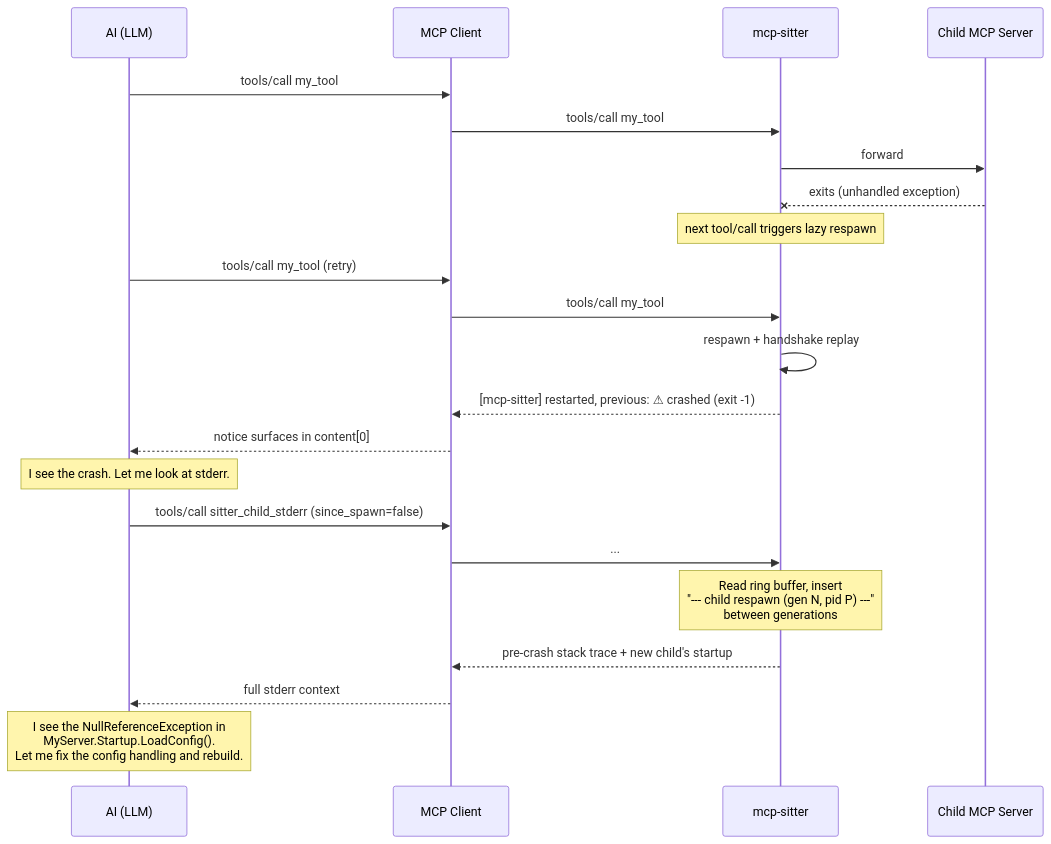
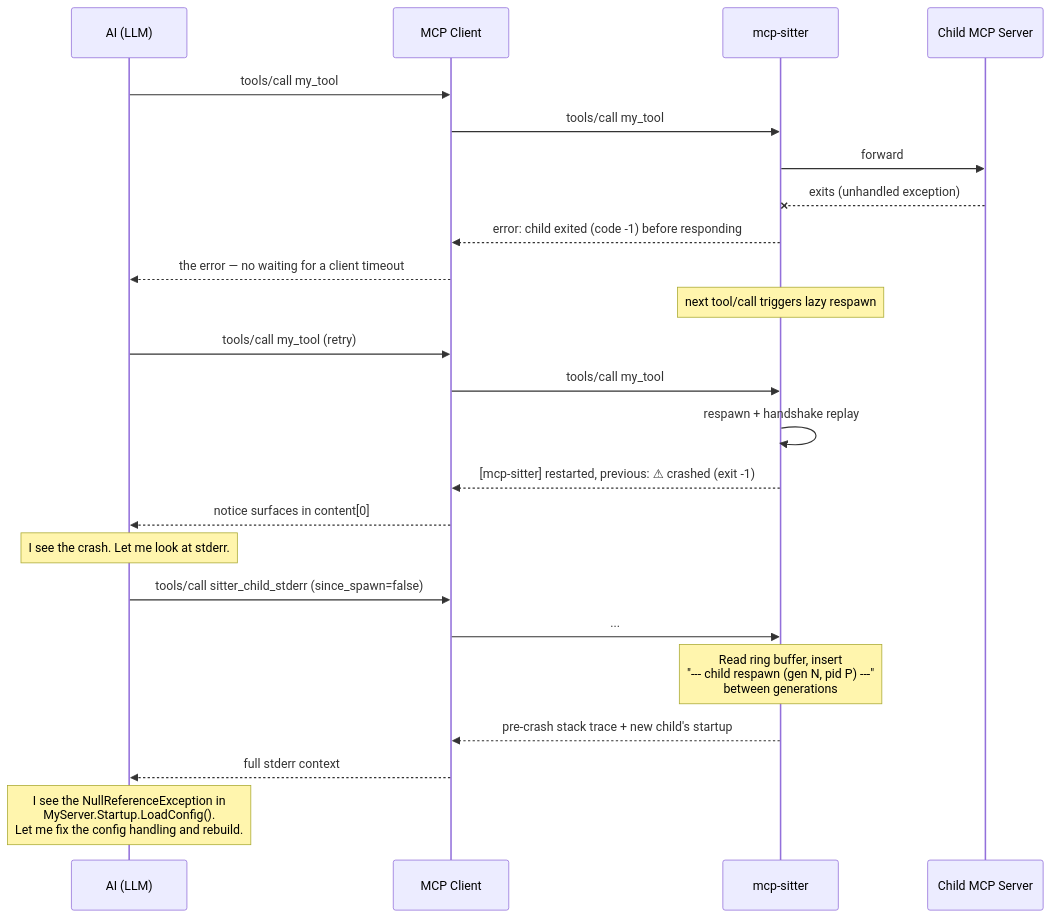
One commit to yotsuda/mcp-sitter changed the third of 3 diagrams in README.md. Above: the diagram before and after it, drawn with Mermaid. The commit also changed other lines of this file and 8 other files, not shown here.

````diff
--- a/README.md
+++ b/README.md
@@ -196,28 +210,30 @@
 ```mermaid
 sequenceDiagram
     participant AI as AI (LLM)
     participant C as MCP Client
     participant S as mcp-sitter
     participant X as Child MCP Server
 
     AI->>C: tools/call my_tool
     C->>S: tools/call my_tool
     S->>X: forward
     X--xS: exits (unhandled exception)
+    S-->>C: error: child exited (code -1) before responding
+    C-->>AI: the error — no waiting for a client timeout
 
     Note over S: next tool/call triggers lazy respawn
     AI->>C: tools/call my_tool (retry)
     C->>S: tools/call my_tool
     S->>S: respawn + handshake replay
     S-->>C: [mcp-sitter] restarted, previous: ⚠ crashed (exit -1)
     C-->>AI: notice surfaces in content[0]
 
     Note over AI: I see the crash. Let me look at stderr.
     AI->>C: tools/call sitter_child_stderr (since_spawn=false)
     C->>S: ...
     Note over S: Read ring buffer, insert<br/>"--- child respawn (gen N, pid P) ---"<br/>between generations
     S-->>C: pre-crash stack trace + new child's startup
     C-->>AI: full stderr context
 
     Note over AI: I see the NullReferenceException in<br/>MyServer.Startup.LoadConfig().<br/>Let me fix the config handling and rebuild.
 ```
````
